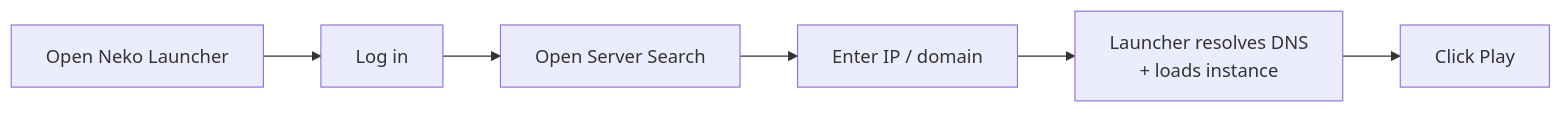
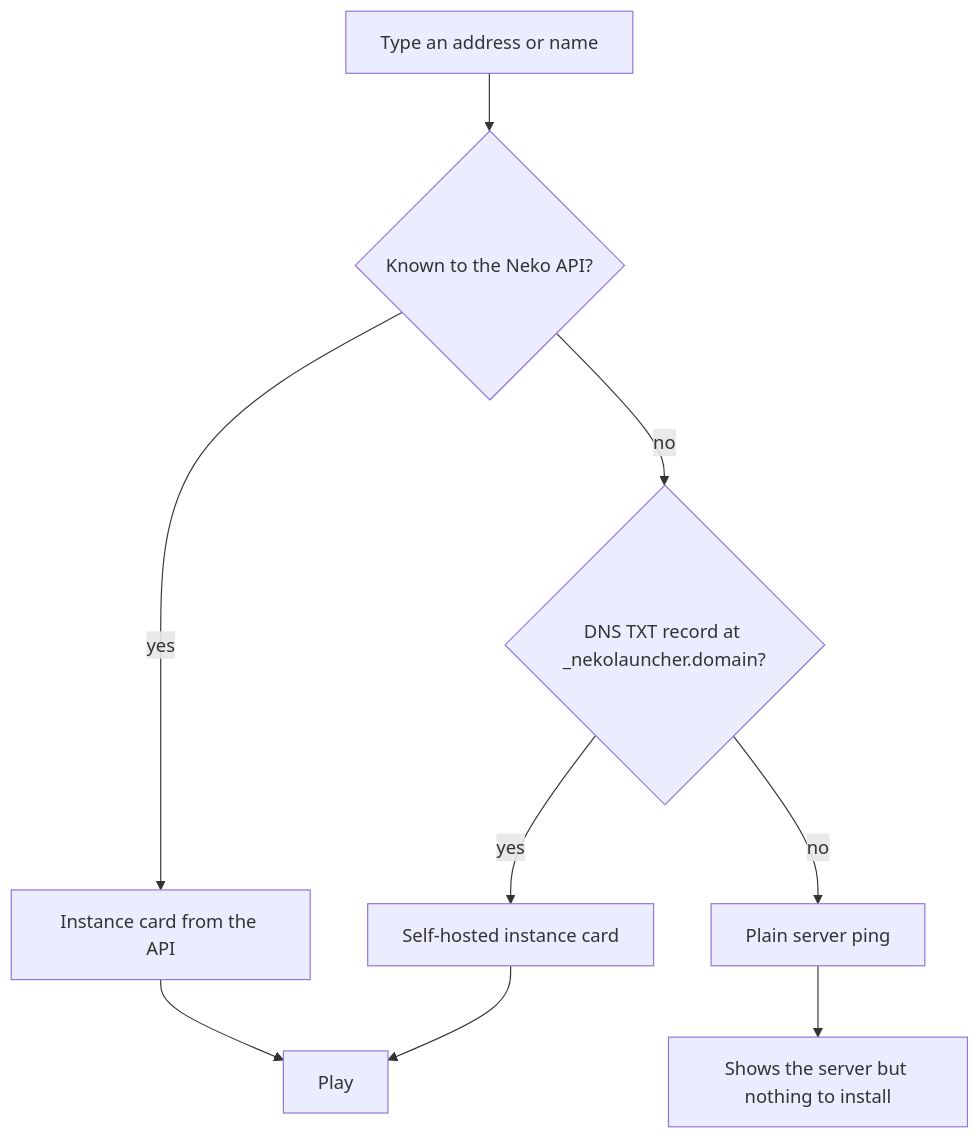
One commit to alice-magic/wiki changed the diagram in en/how-to/join-with-ip-address.md. Above: the diagram before and after it, drawn with Mermaid. The commit also changed other lines of this file and 43 other files, not shown here.

````diff
--- a/en/how-to/join-with-ip-address.md
+++ b/en/how-to/join-with-ip-address.md
@@ -16,8 +9,11 @@
 ```mermaid
-flowchart LR
-    A[Open Neko Launcher] --> B[Log in]
-    B --> C[Open Server Search]
-    C --> D[Enter IP / domain]
-    D --> E[Launcher resolves DNS<br/>+ loads instance]
-    E --> F[Click Play]
+flowchart TD
+    A[Type an address or name] --> B{Known to the Neko API?}
+    B -- yes --> C[Instance card from the API]
+    B -- no --> D{DNS TXT record at _nekolauncher.domain?}
+    D -- yes --> E[Self-hosted instance card]
+    D -- no --> F[Plain server ping]
+    C --> G[Play]
+    E --> G
+    F --> H[Shows the server but nothing to install]
 ```
````
